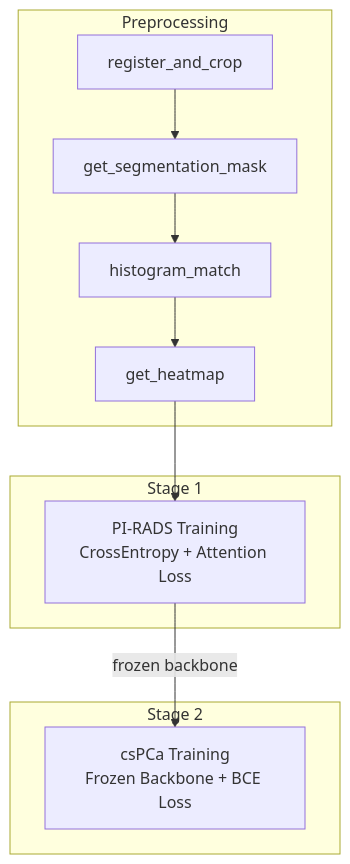
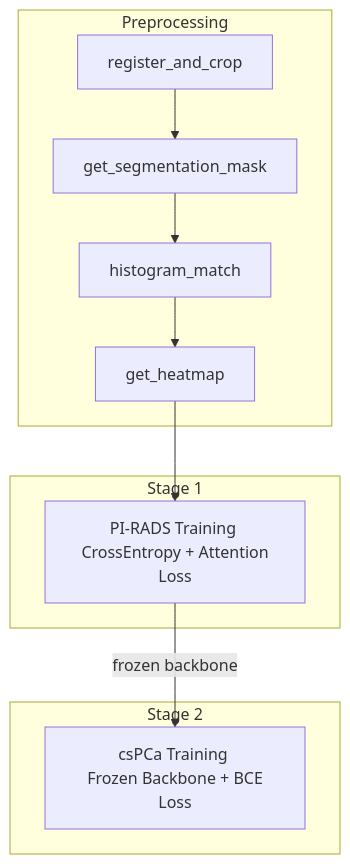
The diagram in docs/pipeline.md (anirudhbalaraman/WSAttention-Prostate), drawn with Mermaid before and after one commit. The commit also changed other lines of this file, not shown here.

````diff
--- a/docs/pipeline.md
+++ b/docs/pipeline.md
@@ -5,19 +5,19 @@
 ```mermaid
 flowchart TD
     subgraph Preprocessing
         R[register_and_crop] --> S[get_segmentation_mask]
         S --> H[histogram_match]
         H --> G[get_heatmap]
     end
 
     subgraph Stage 1
-        P[PI-RADS Training\nCrossEntropy + Attention Loss]
+        P[PI-RADS Training \n CrossEntropy + Attention Loss]
     end
 
     subgraph Stage 2
-        C[csPCa Training\nFrozen Backbone + BCE Loss]
+        C[csPCa Training \n Frozen Backbone + BCE Loss]
     end
 
     G --> P
     P -->|frozen backbone| C
 ```
````
